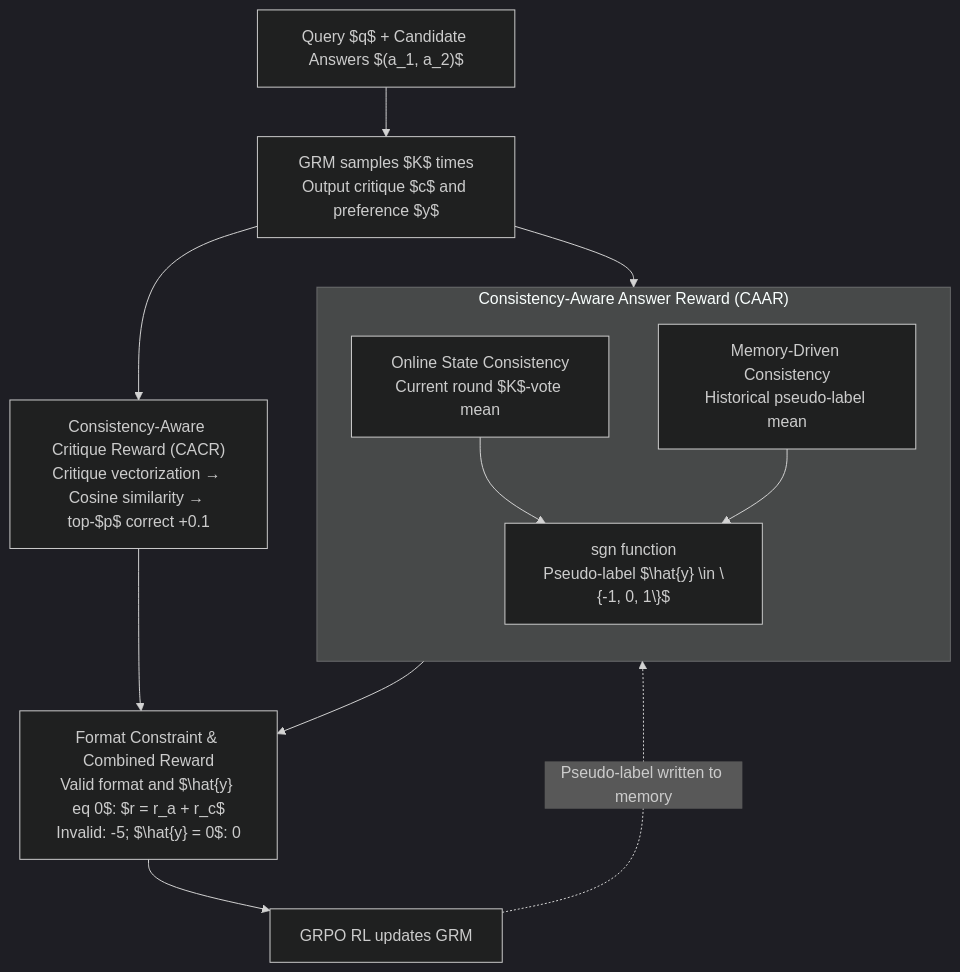
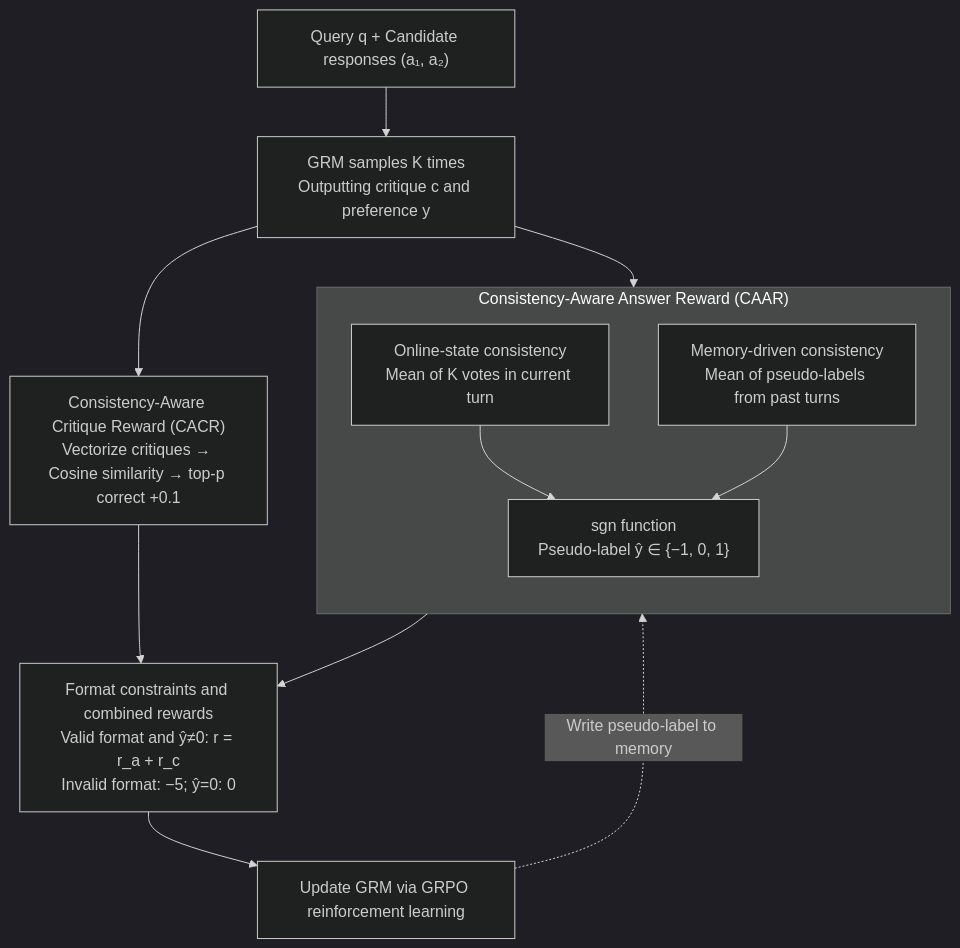
One commit to zhaoyang97/Paper-Notes-en changed the diagram in docs/ACL2026/llm_alignment/consistrm_improving_generative_reward_models_via_consistency-aware_self-training.md. Above: the diagram before and after it, drawn with Mermaid (dark theme). The commit also changed other lines of this file and 5084 other files, not shown here.

````diff
--- a/docs/ACL2026/llm_alignment/consistrm_improving_generative_reward_models_via_consistency-aware_self-training.md
+++ b/docs/ACL2026/llm_alignment/consistrm_improving_generative_reward_models_via_consistency-aware_self-training.md
@@ -43,16 +43,16 @@
 ```mermaid
 graph TD
-    A["Query $q$ + Candidate Answers $(a_1, a_2)$"] --> B["GRM samples $K$ times<br/>Output critique $c$ and preference $y$"]
+    A["Query q + Candidate responses (a₁, a₂)"] --> B["GRM samples K times<br/>Outputting critique c and preference y"]
     B --> C
     B --> D
     subgraph C["Consistency-Aware Answer Reward (CAAR)"]
         direction TB
-        C1["Online State Consistency<br/>Current round $K$-vote mean"] --> C3["sgn function<br/>Pseudo-label $\hat{y} \in \{-1, 0, 1\}$"]
-        C2["Memory-Driven Consistency<br/>Historical pseudo-label mean"] --> C3
+        C1["Online-state consistency<br/>Mean of K votes in current turn"] --> C3["sgn function<br/>Pseudo-label ŷ ∈ {−1, 0, 1}"]
+        C2["Memory-driven consistency<br/>Mean of pseudo-labels from past turns"] --> C3
     end
-    D["Consistency-Aware Critique Reward (CACR)<br/>Critique vectorization → Cosine similarity → top-$p$ correct +0.1"]
-    C --> E["Format Constraint & Combined Reward<br/>Valid format and $\hat{y} \neq 0$: $r = r_a + r_c$<br/>Invalid: -5; $\hat{y} = 0$: 0"]
+    D["Consistency-Aware Critique Reward (CACR)<br/>Vectorize critiques → Cosine similarity → top-p correct +0.1"]
+    C --> E["Format constraints and combined rewards<br/>Valid format and ŷ≠0: r = r_a + r_c<br/>Invalid format: −5; ŷ=0: 0"]
     D --> E
-    E --> F["GRPO RL updates GRM"]
-    F -.->|Pseudo-label written to memory| C2
+    E --> F["Update GRM via GRPO reinforcement learning"]
+    F -.->|Write pseudo-label to memory| C2
 ```
````
